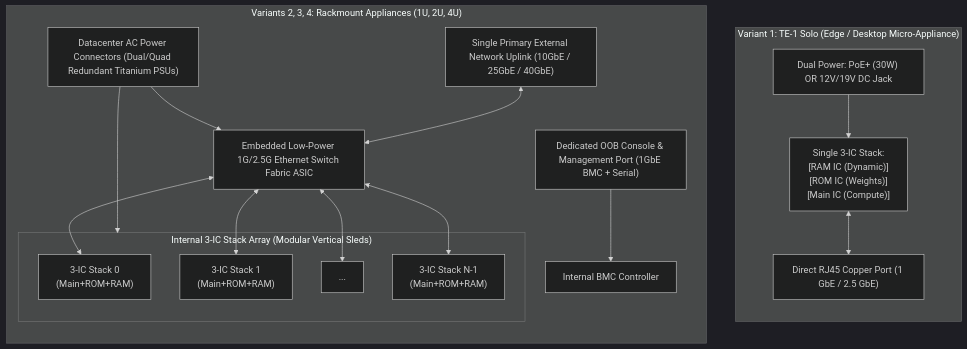
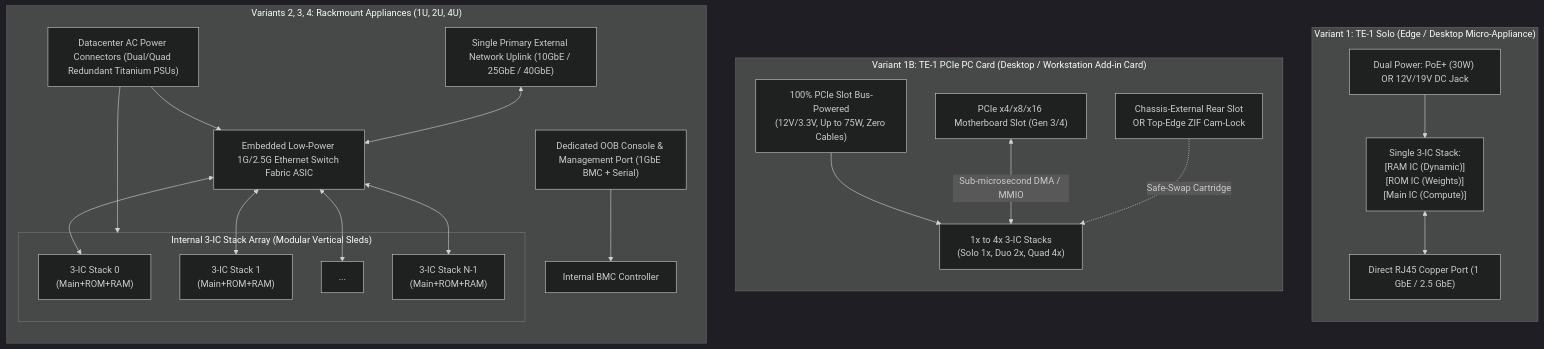
The fifth of 7 diagrams in AI_CHIP_DESIGN.md (bokic/ConceptLLM), drawn with Mermaid (dark theme) before and after one commit. The commit also changed other lines of this file and 1 other file, not shown here.

Commit message:
Add option for PCI card option.

````diff
--- a/AI_CHIP_DESIGN.md
+++ b/AI_CHIP_DESIGN.md
@@ -658,32 +664,43 @@
 ```mermaid
 flowchart TD
     subgraph Variant1 ["Variant 1: TE-1 Solo (Edge / Desktop Micro-Appliance)"]
         direction TB
         V1_STACK["Single 3-IC Stack:\n[RAM IC (Dynamic)]\n[ROM IC (Weights)]\n[Main IC (Compute)]"]
         V1_ETH["Direct RJ45 Copper Port (1 GbE / 2.5 GbE)"]
         V1_PWR["Dual Power: PoE+ (30W) OR 12V/19V DC Jack"]
         V1_PWR --> V1_STACK
         V1_STACK <--> V1_ETH
+    end
+
+    subgraph VariantPCIe ["Variant 1B: TE-1 PCIe PC Card (Desktop / Workstation Add-in Card)"]
+        direction TB
+        V1B_STACK["1x to 4x 3-IC Stacks\n(Solo 1x, Duo 2x, Quad 4x)"]
+        V1B_SLOT["PCIe x4/x8/x16 Motherboard Slot (Gen 3/4)"]
+        V1B_PWR["100% PCIe Slot Bus-Powered\n(12V/3.3V, Up to 75W, Zero Cables)"]
+        V1B_ROM["Chassis-External Rear Slot\nOR Top-Edge ZIF Cam-Lock"]
+        V1B_PWR --> V1B_STACK
+        V1B_SLOT <-->|Sub-microsecond DMA / MMIO| V1B_STACK
+        V1B_ROM -.->|Safe-Swap Cartridge| V1B_STACK
     end
 
     subgraph VariantRack ["Variants 2, 3, 4: Rackmount Appliances (1U, 2U, 4U)"]
         direction TB
         EXT_DATA["Single Primary External Network Uplink (10GbE / 25GbE / 40GbE)"]
         EXT_CONSOLE["Dedicated OOB Console & Management Port (1GbE BMC + Serial)"]
         AC_PWR["Datacenter AC Power Connectors (Dual/Quad Redundant Titanium PSUs)"]
         
         INTERNAL_SW["Embedded Low-Power 1G/2.5G Ethernet Switch Fabric ASIC"]
         
         subgraph IC_Array ["Internal 3-IC Stack Array (Modular Vertical Sleds)"]
             IC_1["3-IC Stack 0\n(Main+ROM+RAM)"]
             IC_2["3-IC Stack 1\n(Main+ROM+RAM)"]
             IC_M["..."]
             IC_N["3-IC Stack N-1\n(Main+ROM+RAM)"]
         end
 
         AC_PWR --> INTERNAL_SW & IC_Array
         EXT_DATA <--> INTERNAL_SW
         EXT_CONSOLE --> BMC["Internal BMC Controller"]
         INTERNAL_SW <--> IC_1 & IC_2 & IC_M & IC_N
     end
 ```
````
